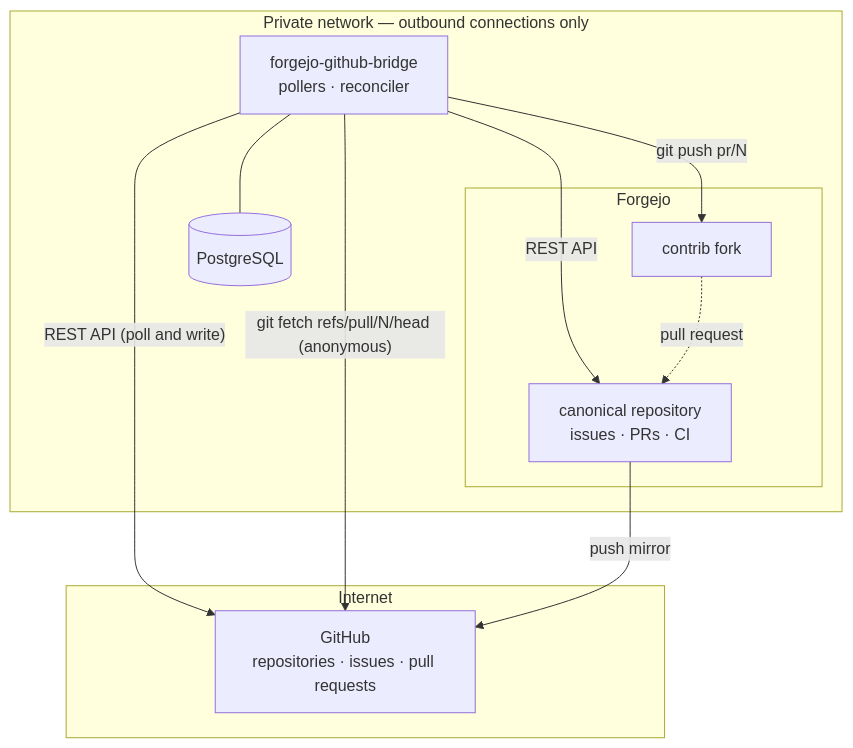
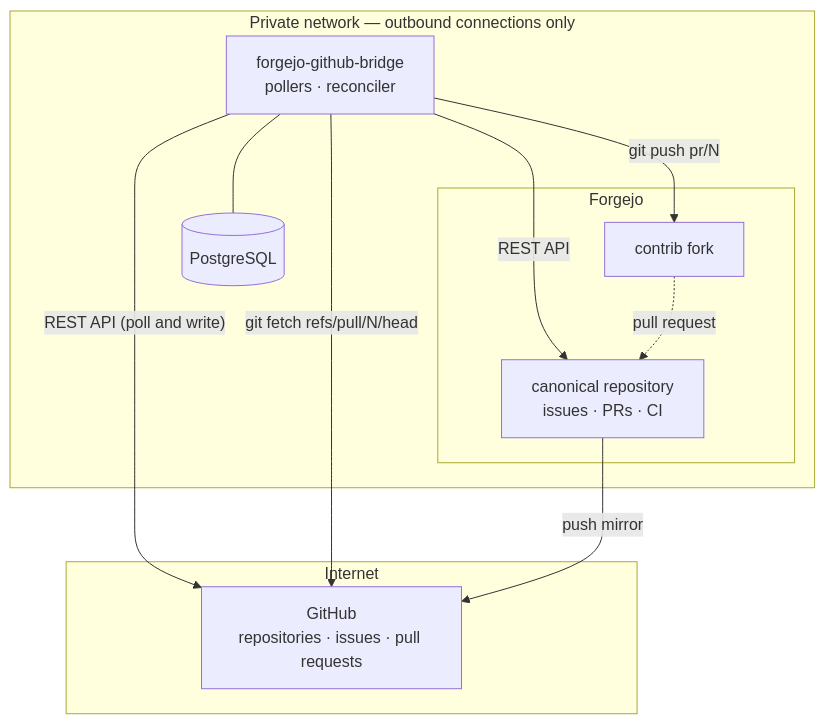
The first of 6 diagrams in docs/design.md (metapatrol/forgejo-github-bridge), drawn with Mermaid before and after one commit. The commit also changed other lines of this file and 9 other files, not shown here.

First line of the commit message:
feat: import pull requests from private GitHub repositories

````diff
--- a/docs/design.md
+++ b/docs/design.md
@@ -91,21 +91,21 @@
 ```mermaid
 flowchart TB
   subgraph internet["Internet"]
     gh["GitHub<br/>repositories · issues · pull requests"]
   end
   subgraph private["Private network — outbound connections only"]
     bridge["forgejo-github-bridge<br/>pollers · reconciler"]
     db[("PostgreSQL")]
     subgraph fj["Forgejo"]
       canon["canonical repository<br/>issues · PRs · CI"]
       contrib["contrib fork"]
     end
   end
   bridge -- "REST API (poll and write)" --> gh
-  bridge -- "git fetch refs/pull/N/head (anonymous)" --> gh
+  bridge -- "git fetch refs/pull/N/head" --> gh
   bridge -- "REST API" --> canon
   bridge -- "git push pr/N" --> contrib
   bridge --- db
   contrib -. "pull request" .-> canon
   canon -- "push mirror" --> gh
 ```
````
